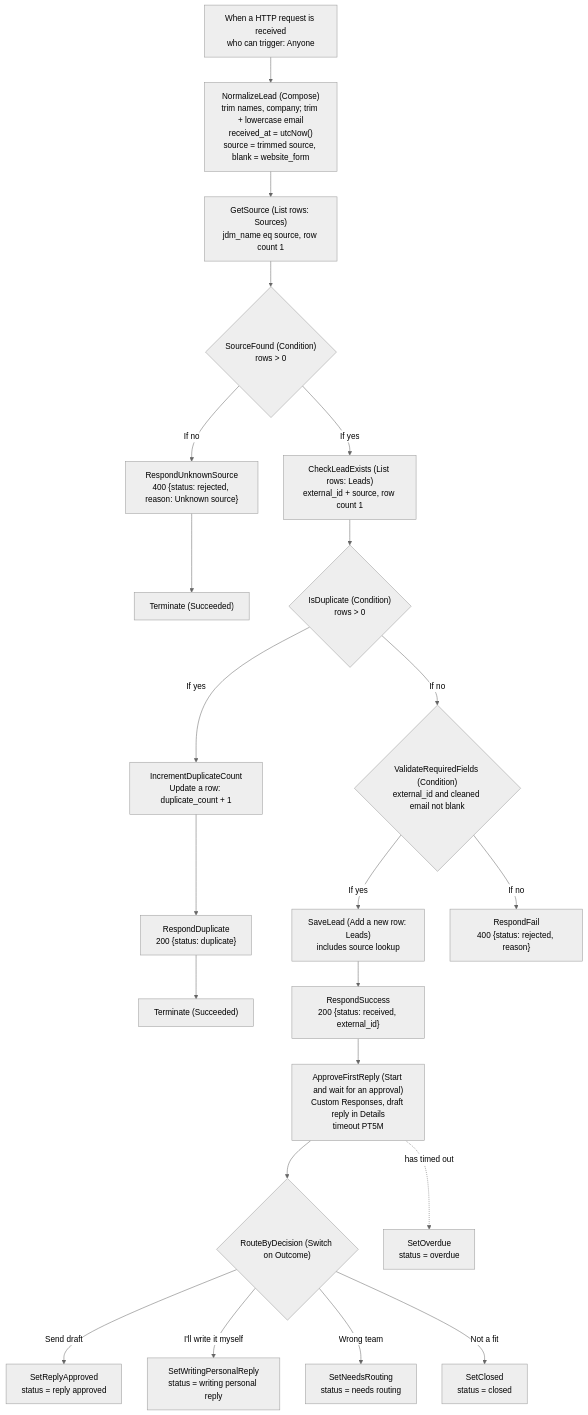
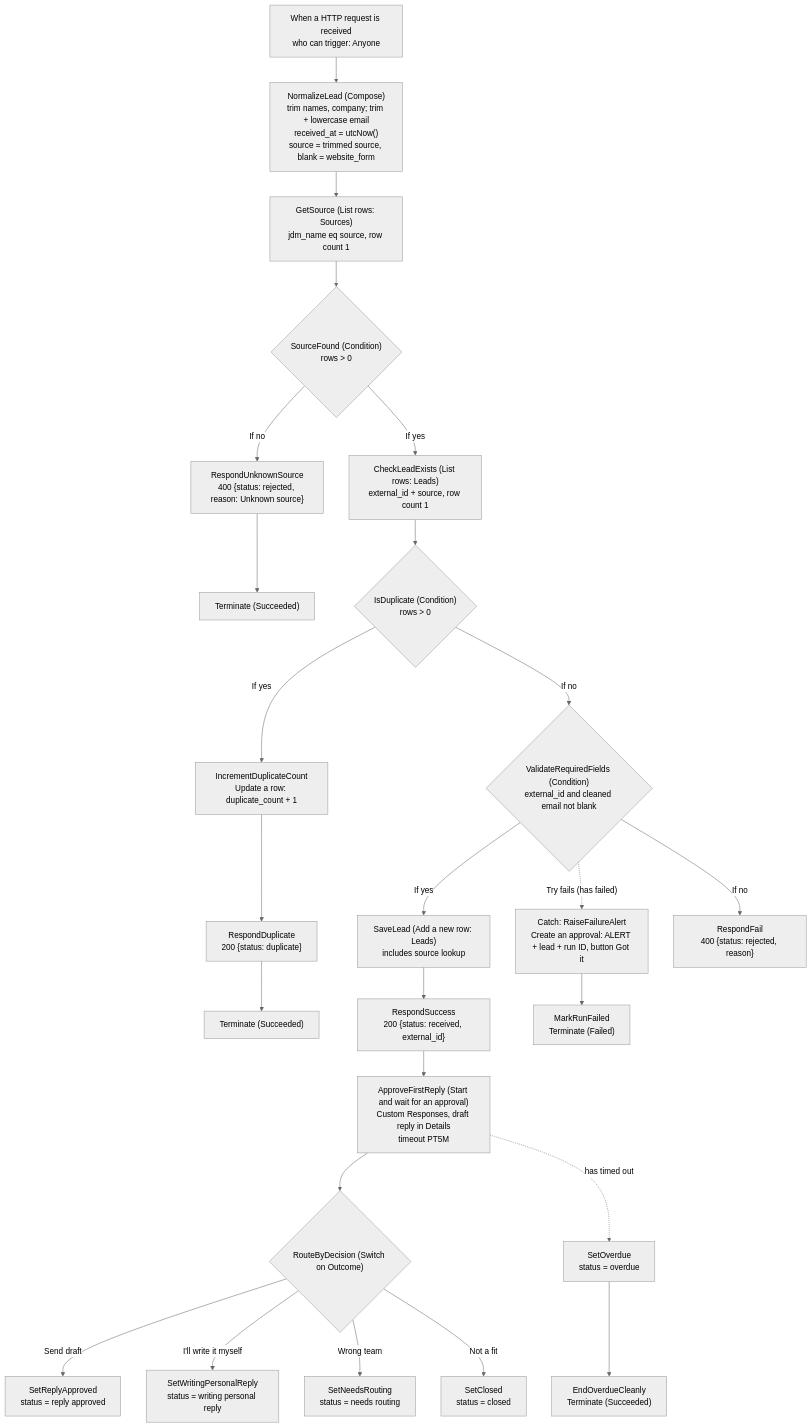
Before and after one commit to jdmaurer/ai-automation-lab: the diagram in cases/rivertown-lead-intake/power-automate/README.md, drawn with Mermaid (neutral theme). The commit also changed other lines of this file and 9 other files, not shown here.

First line of the commit message:
Closeout 2026-11-03: Try/Catch block, Gate 1 #8 closed, T11-T13, DEMO-03

````diff
--- a/cases/rivertown-lead-intake/power-automate/README.md
+++ b/cases/rivertown-lead-intake/power-automate/README.md
@@ -19,20 +21,21 @@
 ```mermaid
 flowchart TD
     A["When a HTTP request is received<br/>who can trigger: Anyone"] --> B["NormalizeLead (Compose)<br/>trim names, company; trim + lowercase email<br/>received_at = utcNow()<br/>source = trimmed source, blank = website_form"]
     B --> C["GetSource (List rows: Sources)<br/>jdm_name eq source, row count 1"]
     C --> D{"SourceFound (Condition)<br/>rows > 0"}
     D -- If no --> E["RespondUnknownSource<br/>400 {status: rejected, reason: Unknown source}"] --> E2["Terminate (Succeeded)"]
     D -- If yes --> F["CheckLeadExists (List rows: Leads)<br/>external_id + source, row count 1"]
     F --> G{"IsDuplicate (Condition)<br/>rows > 0"}
     G -- If yes --> H["IncrementDuplicateCount<br/>Update a row: duplicate_count + 1"] --> I["RespondDuplicate<br/>200 {status: duplicate}"] --> I2["Terminate (Succeeded)"]
     G -- If no --> J{"ValidateRequiredFields (Condition)<br/>external_id and cleaned email not blank"}
     J -- If yes --> K["SaveLead (Add a new row: Leads)<br/>includes source lookup"] --> L["RespondSuccess<br/>200 {status: received, external_id}"]
     L --> N["ApproveFirstReply (Start and wait for an approval)<br/>Custom Responses, draft reply in Details<br/>timeout PT5M"]
     N --> O{"RouteByDecision (Switch on Outcome)"}
     O -- Send draft --> O1["SetReplyApproved<br/>status = reply approved"]
     O -- I'll write it myself --> O2["SetWritingPersonalReply<br/>status = writing personal reply"]
     O -- Wrong team --> O3["SetNeedsRouting<br/>status = needs routing"]
     O -- Not a fit --> O4["SetClosed<br/>status = closed"]
-    N -. has timed out .-> P["SetOverdue<br/>status = overdue"]
+    N -. has timed out .-> P["SetOverdue<br/>status = overdue"] --> P2["EndOverdueCleanly<br/>Terminate (Succeeded)"]
+    J -. "Try fails (has failed)" .-> Q["Catch: RaiseFailureAlert<br/>Create an approval: ALERT + lead + run ID, button Got it"] --> Q2["MarkRunFailed<br/>Terminate (Failed)"]
     J -- If no --> M["RespondFail<br/>400 {status: rejected, reason}"]
 ```
````
